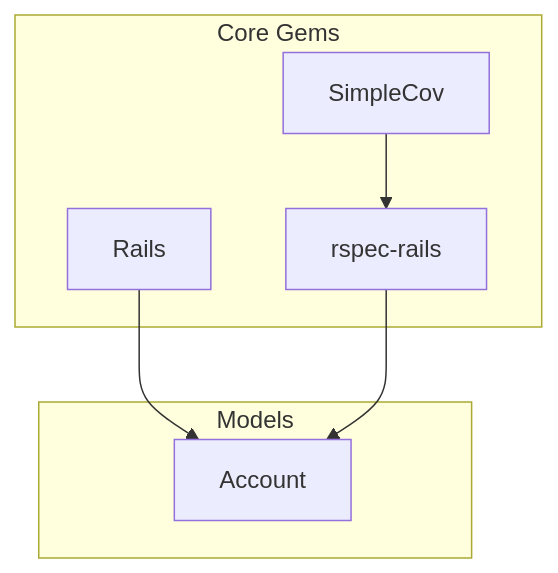
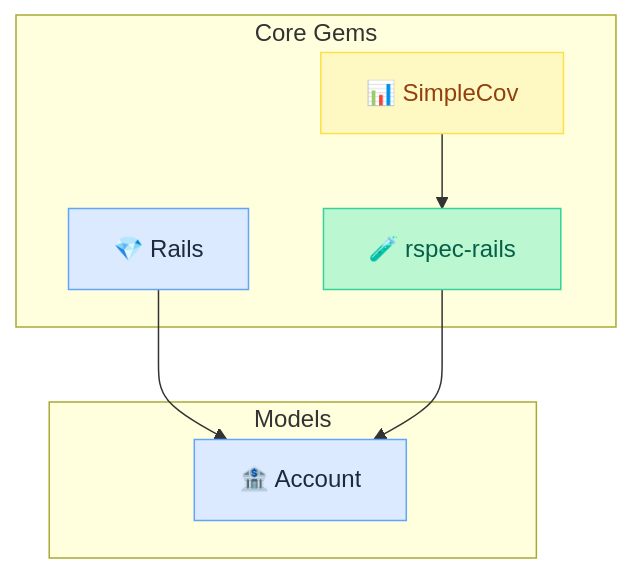
One commit to enogrob/rails_ebank_api changed the second of 4 diagrams in README.md. Above: the diagram before and after it, drawn with Mermaid. The commit also changed other lines of this file, not shown here.

````diff
--- a/README.md
+++ b/README.md
@@ -62,14 +72,23 @@
 ```mermaid
 graph TD
-    subgraph "Core Gems"
-        Rails[Rails]
-        RSpec[rspec-rails]
-        SimpleCov[SimpleCov]
-    end
-    subgraph "Models"
-        Account
-    end
-    Rails --> Account
-    RSpec --> Account
-    SimpleCov --> RSpec
+  classDef pastelBlue fill:#dbeafe,stroke:#60a5fa,color:#1e293b;
+  classDef pastelGreen fill:#bbf7d0,stroke:#34d399,color:#065f46;
+  classDef pastelYellow fill:#fef9c3,stroke:#fde047,color:#92400e;
+
+  subgraph "Core Gems"
+    Rails[💎 Rails]
+    RSpec[🧪 rspec-rails]
+    SimpleCov[📊 SimpleCov]
+  end
+  subgraph "Models"
+    Account[🏦 Account]
+  end
+  Rails --> Account
+  RSpec --> Account
+  SimpleCov --> RSpec
+
+  class Rails pastelBlue;
+  class RSpec pastelGreen;
+  class SimpleCov pastelYellow;
+  class Account pastelBlue;
 ```
````
